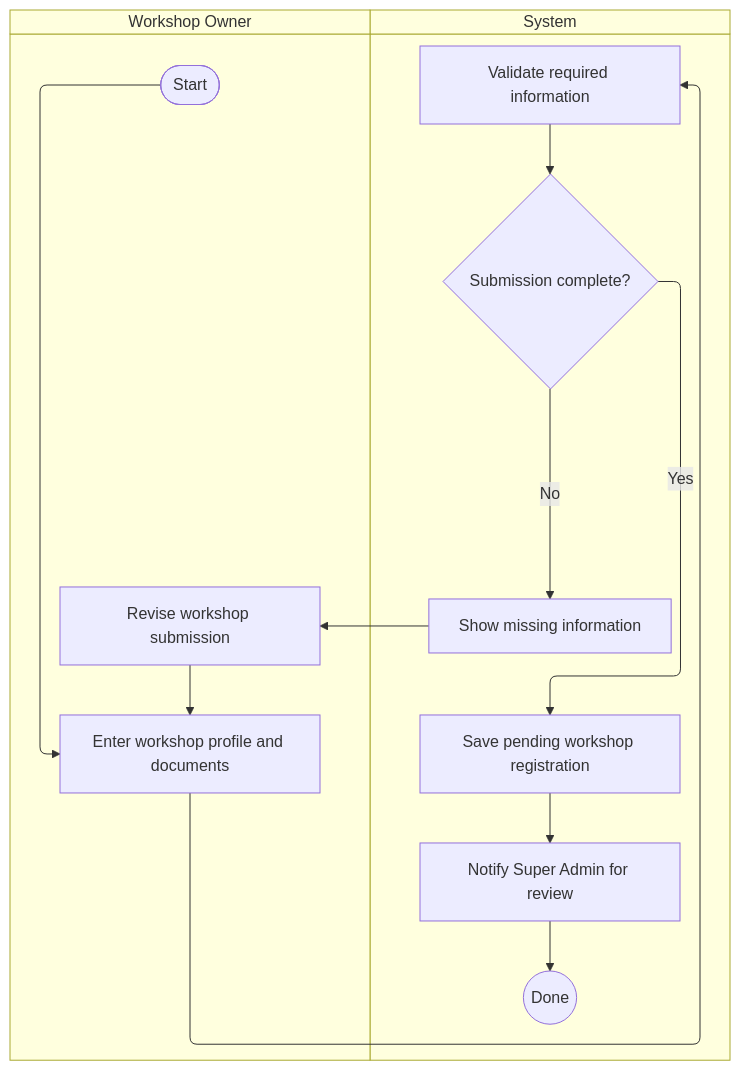
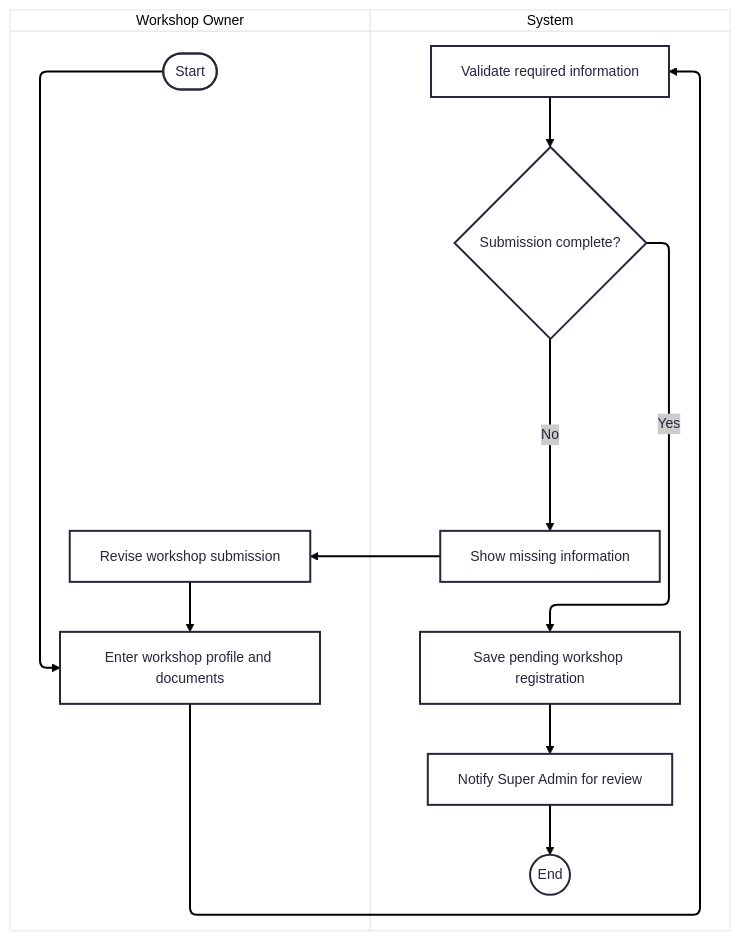
One commit to Service-Ride-Project/dokumen changed the diagram in skpl/Activity Diagram/04-register-workshop.mmd. Above: the diagram before and after it, drawn with Mermaid. The commit also changed 37 other files, not shown here.

```diff
--- a/skpl/Activity Diagram/04-register-workshop.mmd
+++ b/skpl/Activity Diagram/04-register-workshop.mmd
@@ -1,19 +1,20 @@
+%%{init: {"theme": "redux-color"}}%%
 swimlane-beta TB
   subgraph WorkshopOwner["Workshop Owner"]
     start([Start])
     form[Enter workshop profile and documents]
     revise[Revise workshop submission]
   end
 
   subgraph System["System"]
     check[Validate required information]
     valid{Submission complete?}
     store[Save pending workshop registration]
     errors[Show missing information]
     queue[Notify Super Admin for review]
-    done((Done))
+    finish((End))
   end
 
   start --> form --> check --> valid
   valid -->|No| errors --> revise --> form
-  valid -->|Yes| store --> queue --> done
+  valid -->|Yes| store --> queue --> finish
```
